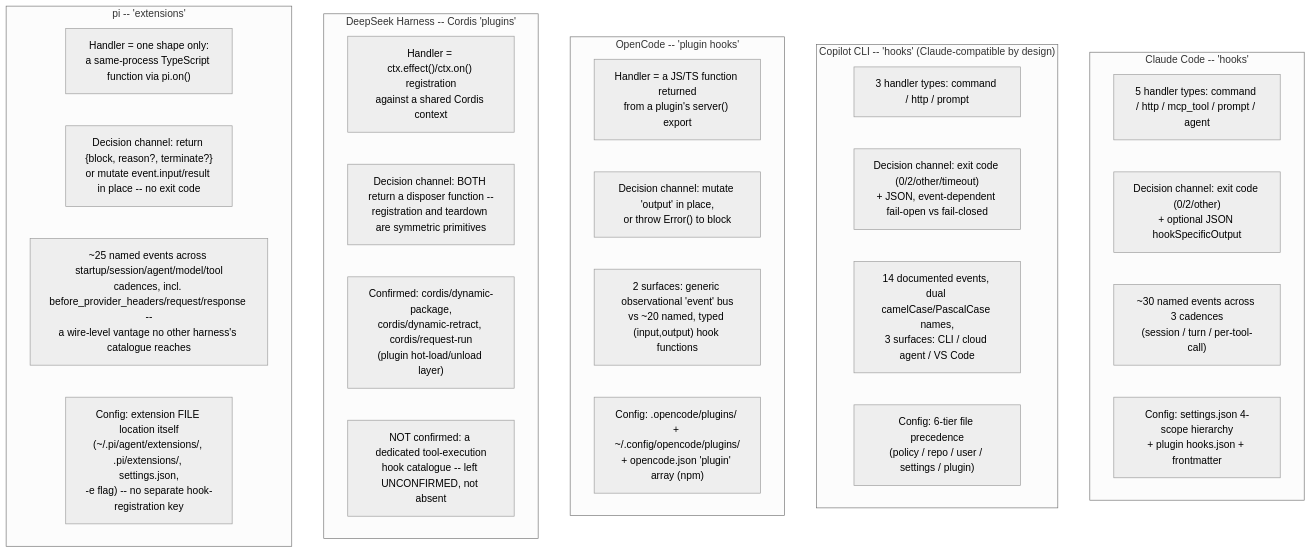
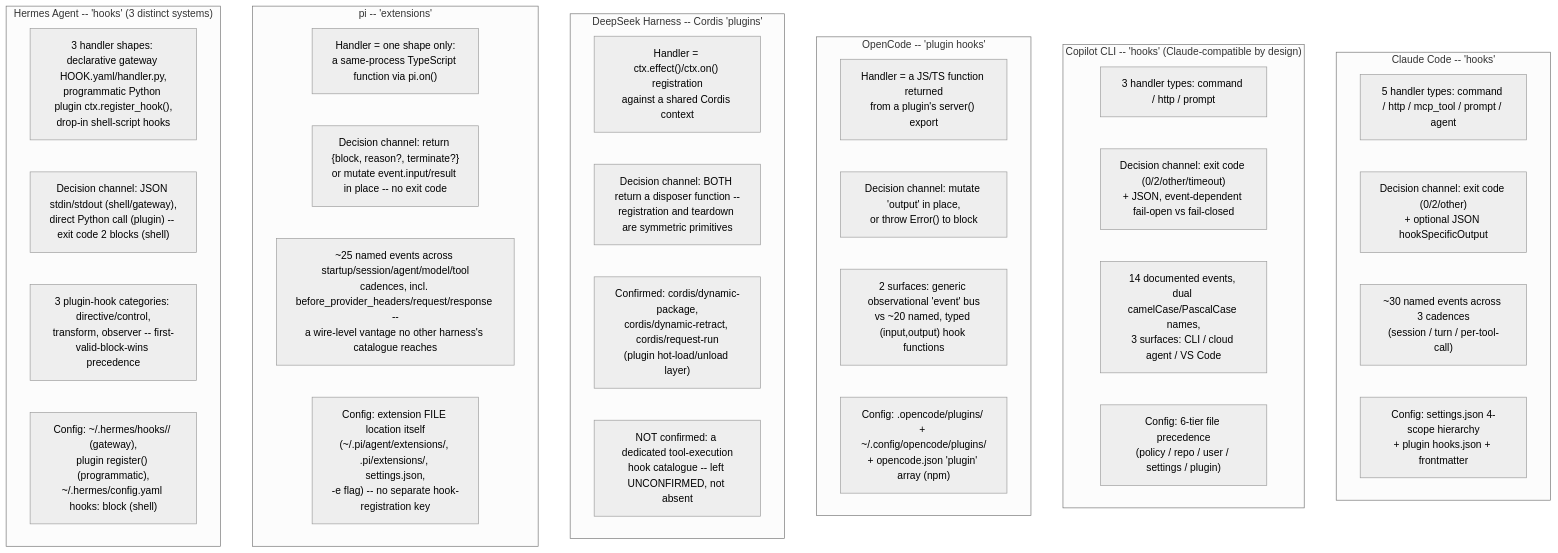
The eighth of 8 diagrams in references/harnesses/hooks-lifecycle-extensibility.md (sfernandezplain/AIrchon), drawn with Mermaid (neutral theme) before and after one commit. The commit also changed other lines of this file and 8 other files, not shown here.

````diff
--- a/references/harnesses/hooks-lifecycle-extensibility.md
+++ b/references/harnesses/hooks-lifecycle-extensibility.md
@@ -1165,33 +1290,39 @@
 ```mermaid
 flowchart TB
     subgraph CC["Claude Code -- 'hooks'"]
         CC1["5 handler types: command / http / mcp_tool / prompt / agent"]
         CC2["Decision channel: exit code (0/2/other)\n+ optional JSON hookSpecificOutput"]
         CC3["~30 named events across 3 cadences\n(session / turn / per-tool-call)"]
         CC4["Config: settings.json 4-scope hierarchy\n+ plugin hooks.json + frontmatter"]
     end
     subgraph GH["Copilot CLI -- 'hooks' (Claude-compatible by design)"]
         GH1["3 handler types: command / http / prompt"]
         GH2["Decision channel: exit code (0/2/other/timeout)\n+ JSON, event-dependent fail-open vs fail-closed"]
         GH3["14 documented events, dual camelCase/PascalCase names,\n3 surfaces: CLI / cloud agent / VS Code"]
         GH4["Config: 6-tier file precedence\n(policy / repo / user / settings / plugin)"]
     end
     subgraph OC["OpenCode -- 'plugin hooks'"]
         OC1["Handler = a JS/TS function returned\nfrom a plugin's server() export"]
         OC2["Decision channel: mutate 'output' in place,\nor throw Error() to block"]
         OC3["2 surfaces: generic observational 'event' bus\nvs ~20 named, typed (input,output) hook functions"]
         OC4["Config: .opencode/plugins/ + ~/.config/opencode/plugins/\n+ opencode.json 'plugin' array (npm)"]
     end
     subgraph DS["DeepSeek Harness -- Cordis 'plugins'"]
         DS1["Handler = ctx.effect()/ctx.on() registration\nagainst a shared Cordis context"]
         DS2["Decision channel: BOTH return a disposer function --\nregistration and teardown are symmetric primitives"]
         DS3["Confirmed: cordis/dynamic-package,\ncordis/dynamic-retract, cordis/request-run\n(plugin hot-load/unload layer)"]
         DS4["NOT confirmed: a dedicated tool-execution\nhook catalogue -- left UNCONFIRMED, not absent"]
     end
     subgraph PI["pi -- 'extensions'"]
         PI1["Handler = one shape only:\na same-process TypeScript function via pi.on()"]
         PI2["Decision channel: return {block, reason?, terminate?}\nor mutate event.input/result in place -- no exit code"]
         PI3["~25 named events across startup/session/agent/model/tool\ncadences, incl. before_provider_headers/request/response --\na wire-level vantage no other harness's catalogue reaches"]
         PI4["Config: extension FILE location itself\n(~/.pi/agent/extensions/, .pi/extensions/, settings.json,\n-e flag) -- no separate hook-registration key"]
     end
+    subgraph HM["Hermes Agent -- 'hooks' (3 distinct systems)"]
+        HM1["3 handler shapes: declarative gateway HOOK.yaml/handler.py,\nprogrammatic Python plugin ctx.register_hook(),\ndrop-in shell-script hooks"]
+        HM2["Decision channel: JSON stdin/stdout (shell/gateway),\ndirect Python call (plugin) -- exit code 2 blocks (shell)"]
+        HM3["3 plugin-hook categories: directive/control,\ntransform, observer -- first-valid-block-wins precedence"]
+        HM4["Config: ~/.hermes/hooks/<name>/ (gateway),\nplugin register() (programmatic),\n~/.hermes/config.yaml hooks: block (shell)"]
+    end
 ```
````
